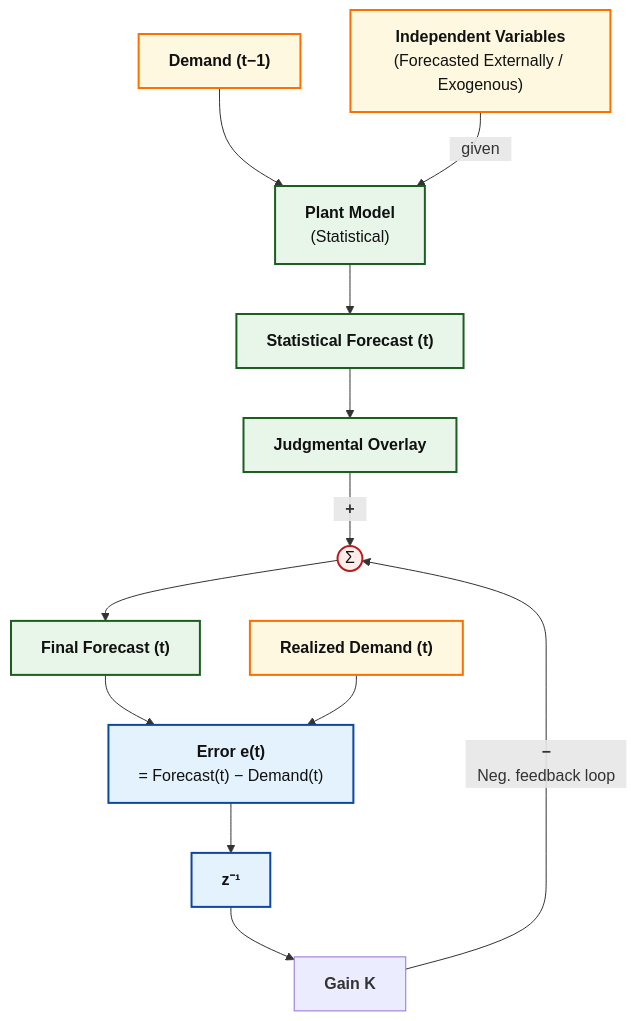
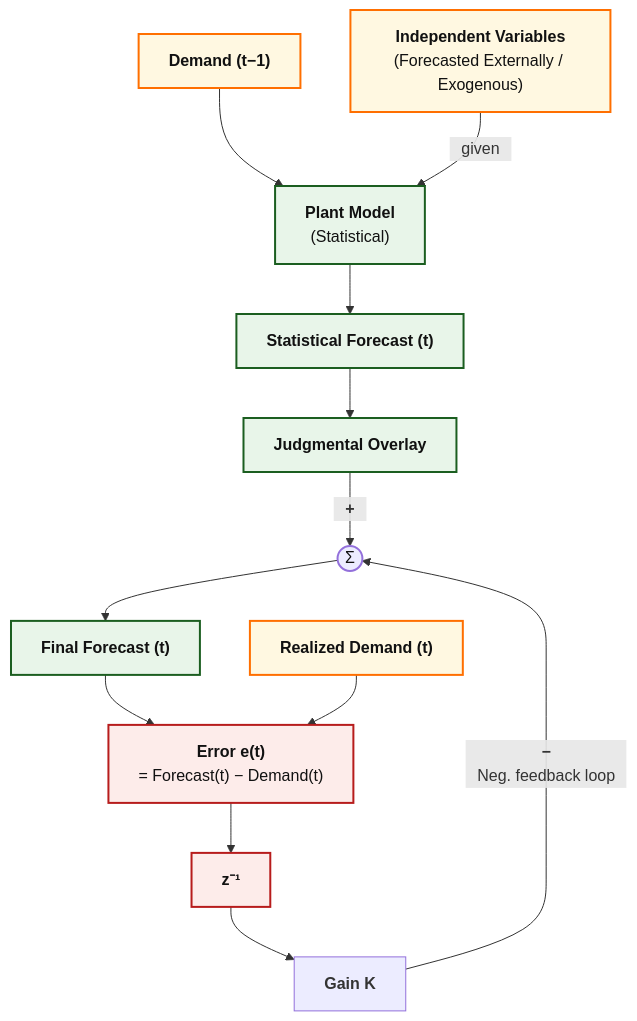
One commit to Tellusant/docs changed the diagram in articles-posts/ratiocination.md. Above: the diagram before and after it, drawn with Mermaid.

```diff
--- a/articles-posts/ratiocination.md
+++ b/articles-posts/ratiocination.md
@@ -29,51 +29,52 @@
 <div class="mermaid">
   
 flowchart TD
 
 %%{init: {'themeVariables': { 'fontFamily': 'Arial'}}}%%
 %% ===== Inputs =====
-D1["`**Demand (t−1)**`"]:::mixed
-X["`**Independent Variables**<br/>(Forecasted Externally / Exogenous)`"]:::mixed
+D1["`**Demand (t−1)**`"]:::orange
+X["`**Independent Variables**<br/>(Forecasted Externally / Exogenous)`"]:::orange
 
 %% ===== Baseline model =====
-M["`**Plant Model**<br/>(Statistical)`"]:::strong
-S["`**Statistical Forecast (t)**`"]:::strong
+M["`**Plant Model**<br/>(Statistical)`"]:::green
+S["`**Statistical Forecast (t)**`"]:::green
 
 %% ===== Judgment and correction =====
-J["`**Judgmental Overlay**`"]:::strong
-Sum((Σ)):::risk
+J["`**Judgmental Overlay**`"]:::green
+Sum((Σ)):::base
 K["`**Gain K**`"]
-F["`**Final Forecast (t)**`"]:::strong
+F["`**Final Forecast (t)**`"]:::green
 
 %% ===== Realized demand =====
-R["`**Realized Demand (t)**`"]:::mixed
+R["`**Realized Demand (t)**`"]:::orange
 
 %% ===== Error and delay =====
-E["`**Error e(t)**<br/>= Forecast(t) − Demand(t)`"]:::neutral
-Delay["`**z⁻¹**`"]:::neutral
+E["`**Error e(t)**<br/>= Forecast(t) − Demand(t)`"]:::red
+Delay["`**z⁻¹**`"]:::red
 
 %% ===== Forward path =====
 D1 --> M
 X -->|⠀given⠀| M
 M --> S
 S --> J
 J -->|"`⠀**+**⠀`"| Sum
 Sum --> F
 
 %% ===== Error computation =====
 F --> E
 R --> E
 
 %% ===== Feedback =====
 E --> Delay
 Delay --> K
 K -->|"`⠀**−**⠀<br/>⠀Neg. feedback loop⠀`"| Sum
 
 %% ========= STYLES =========
-classDef strong  fill:#E8F5E9,stroke:#1B5E20,stroke-width:2px,color:#111;
-classDef neutral fill:#E3F2FD,stroke:#0D47A1,stroke-width:2px,color:#111;
-classDef mixed   fill:#FFF8E1,stroke:#FF6F00,stroke-width:2px,color:#111;
-classDef risk    fill:#FDECEA,stroke:#B71C1C,stroke-width:2px,color:#111;
-classDef summary fill:#F5F5F5,stroke:#424242,stroke-width:2px,color:#111;
+classDef green   fill:#E8F5E9,stroke:#1B5E20,stroke-width:2px,color:#111;
+classDef blue    fill:#E3F2FD,stroke:#0D47A1,stroke-width:2px,color:#111;
+classDef orange  fill:#FFF8E1,stroke:#FF6F00,stroke-width:2px,color:#111;
+classDef red     fill:#FDECEA,stroke:#B71C1C,stroke-width:2px,color:#111;
+classDef grey    fill:#F5F5F5,stroke:#424242,stroke-width:2px,color:#111;
+classDef base    fill:#ECECFF,stroke:#9370DB,stroke-width:2px,color:#111;
 
 </div>
```
